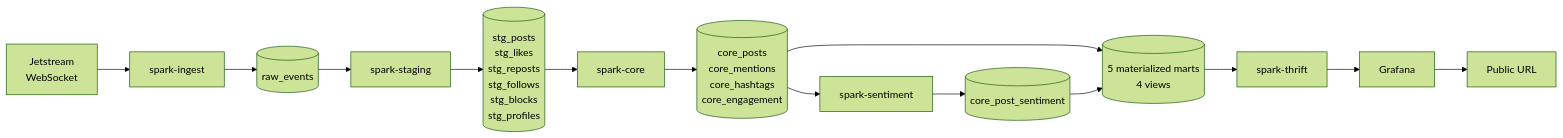
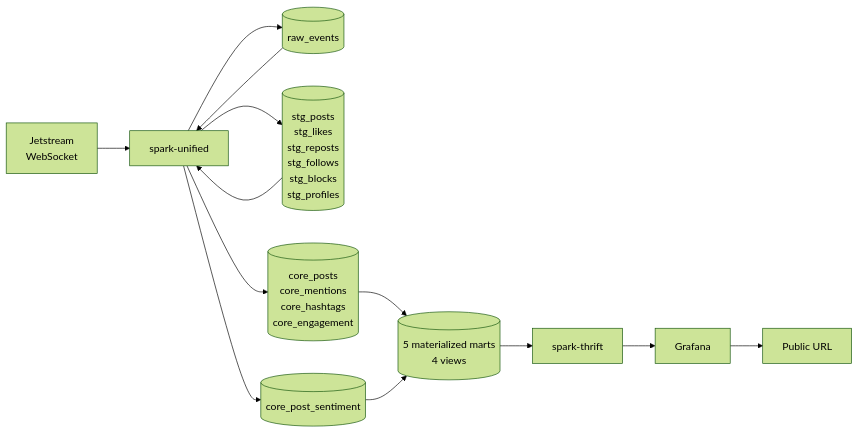
Before and after one commit to joshlizana/atomosphere: the first of 2 diagrams in docs/BRD.md, drawn with Mermaid (forest theme). The commit also changed other lines of this file and 8 other files, not shown here.

First line of the commit message:
Update all documentation for unified architecture (4 containers → 1)

````diff
--- a/docs/BRD.md
+++ b/docs/BRD.md
@@ -267,15 +267,14 @@
 ```mermaid
 flowchart LR
-    JS[Jetstream\nWebSocket] --> SI[spark-ingest]
-    SI --> RAW[(raw_events)]
-    RAW --> SS[spark-staging]
-    SS --> STG[(stg_posts\nstg_likes\nstg_reposts\nstg_follows\nstg_blocks\nstg_profiles)]
-    STG --> SC[spark-core]
-    SC --> CORE[(core_posts\ncore_mentions\ncore_hashtags\ncore_engagement)]
-    CORE --> SM[spark-sentiment]
-    SM --> SENT[(core_post_sentiment)]
+    JS[Jetstream\nWebSocket] --> SU[spark-unified]
+    SU --> RAW[(raw_events)]
+    RAW --> SU
+    SU --> STG[(stg_posts\nstg_likes\nstg_reposts\nstg_follows\nstg_blocks\nstg_profiles)]
+    STG --> SU
+    SU --> CORE[(core_posts\ncore_mentions\ncore_hashtags\ncore_engagement)]
+    SU --> SENT[(core_post_sentiment)]
     CORE & SENT --> MART[(5 materialized marts\n4 views)]
     MART --> ST[spark-thrift]
     ST --> GF[Grafana]
     GF --> PU[Public URL]
 ```
````
